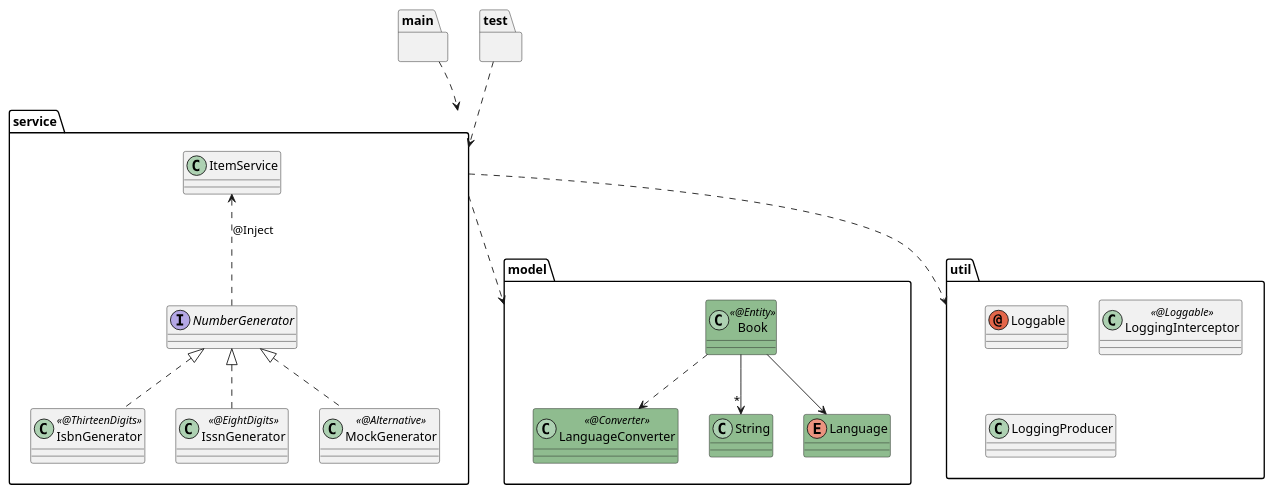
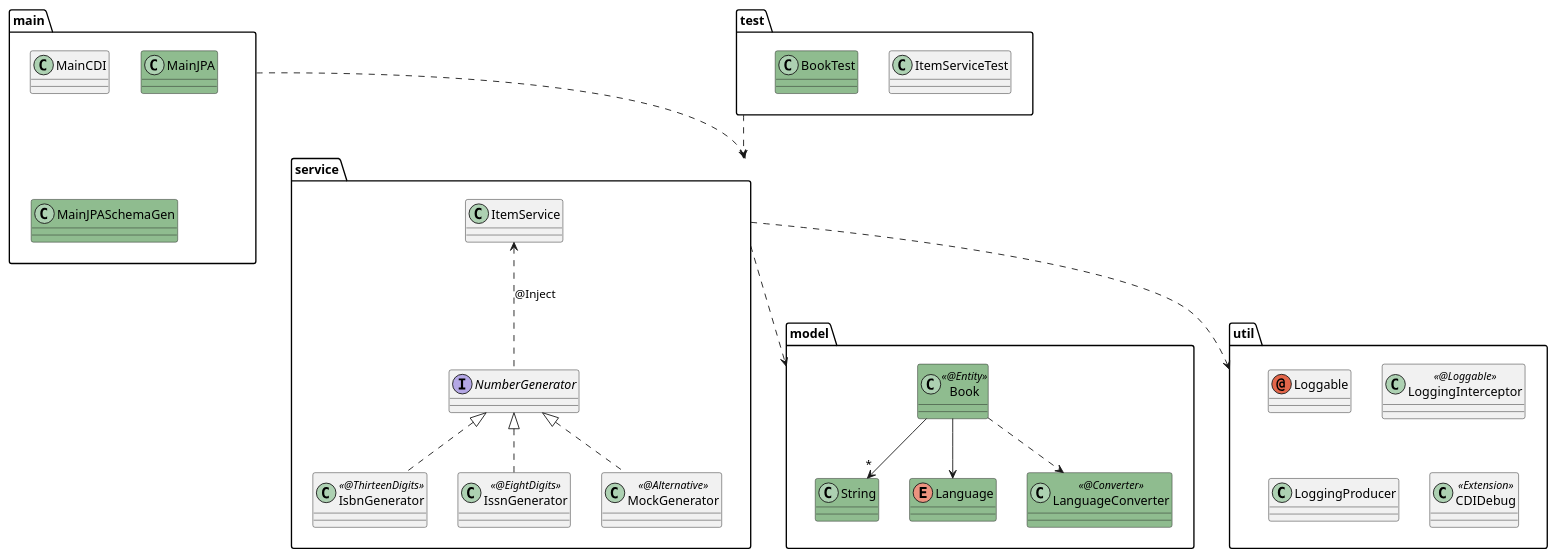
The diagram in 03-JPA/demo03.puml (agoncal/agoncal-training-javaee7), drawn with PlantUML before and after one commit. The commit also changed 16 other files, not shown here.

Commit message:
Updading UML schemas

```diff
--- a/03-JPA/demo03.puml
+++ b/03-JPA/demo03.puml
@@ -1,43 +1,49 @@
 @startuml
 
 package "main" {
+    class MainCDI
+    class MainJPA #8FBC8F
+    class MainJPASchemaGen #8FBC8F
 }
 package "test" {
+    class ItemServiceTest
+    class BookTest #8FBC8F
 }
 
 package "service" {
     interface NumberGenerator
     class IsbnGenerator << @ThirteenDigits >>
     class IssnGenerator << @EightDigits >>
     class MockGenerator << @Alternative >>
     class ItemService
 
     ItemService <.. NumberGenerator : @Inject
     NumberGenerator <|.. IsbnGenerator
     NumberGenerator <|.. IssnGenerator
     NumberGenerator <|.. MockGenerator
 }
 
 package "model" {
-    class LanguageConverter << @Converter >> #8FBC8F
     class Book << @Entity >> #8FBC8F
     class String #8FBC8F
     enum Language #8FBC8F
+    class LanguageConverter << @Converter >> #8FBC8F
 
     Book --> "*" String
     Book --> Language
     Book ..> LanguageConverter
 }
 
 package "util" {
     annotation Loggable
     class LoggingInterceptor << @Loggable >>
     class LoggingProducer
+    class CDIDebug << Extension >>
 }
 
 main ..> service
 test ..> service
 service ..> model
 service ..> util
 
 @enduml
```
